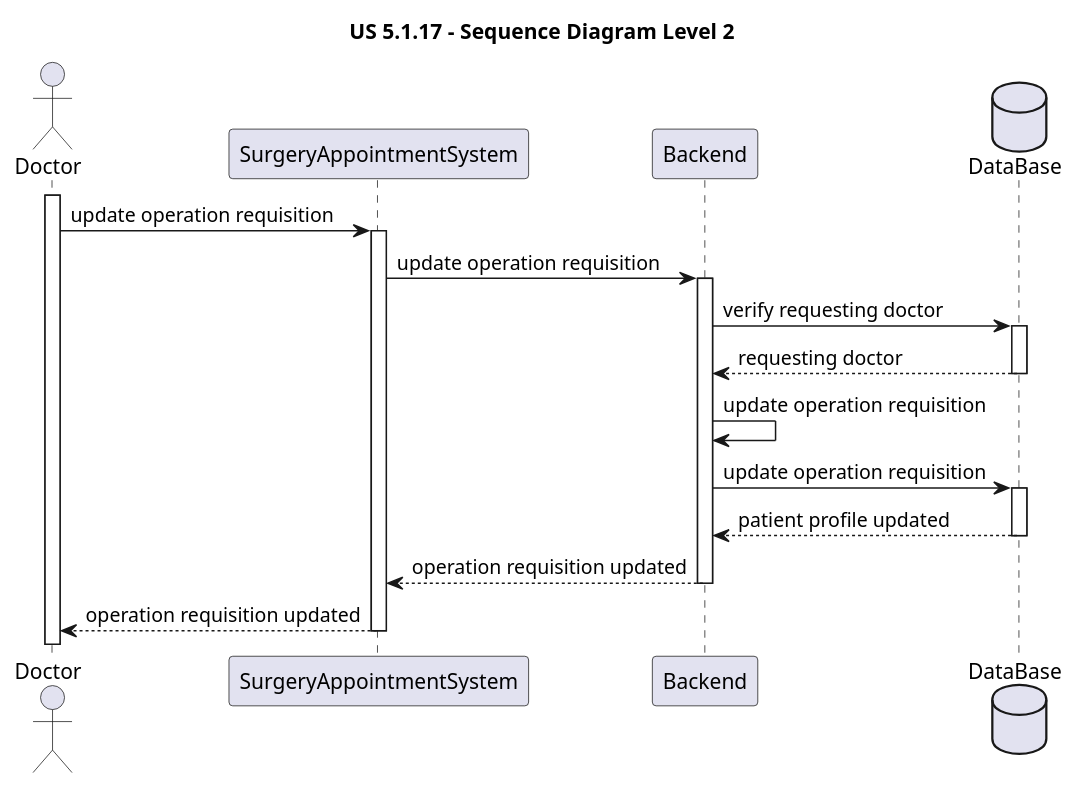
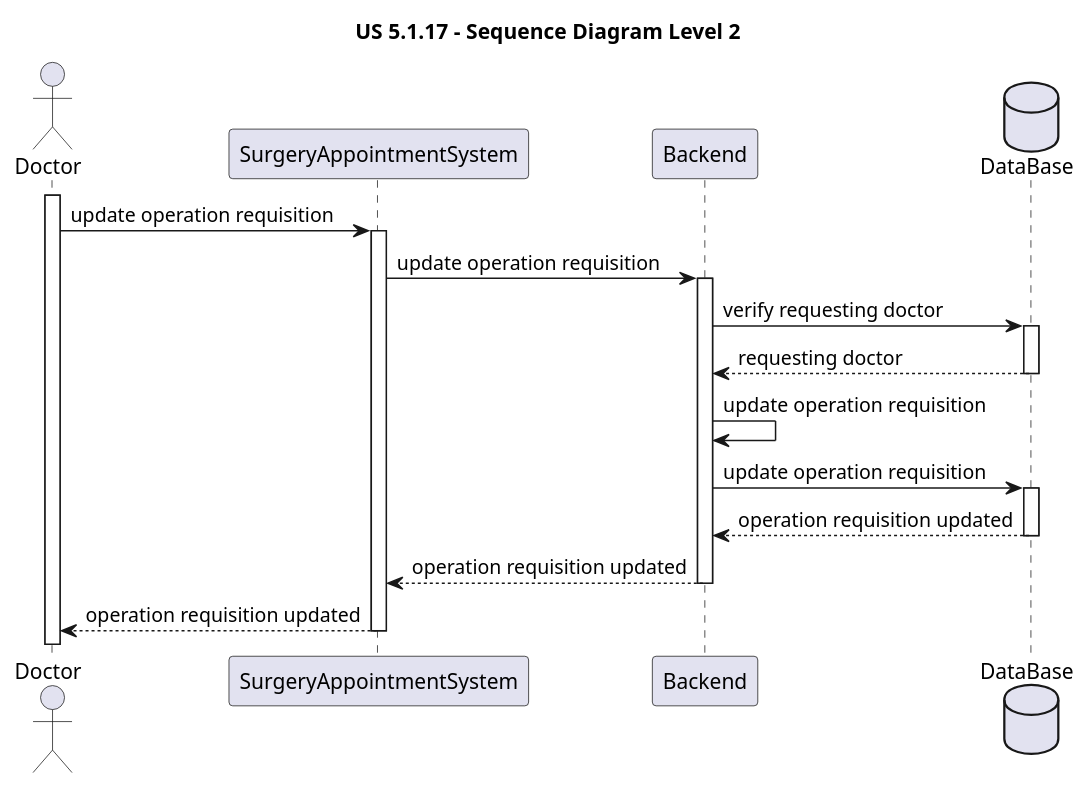
One commit to MateusCabral2004/sem5pi changed the diagram in docs/Sprint 1/US 5.1.17/SequenceDiagrams/Level2/SD_Level2.puml. Above: the diagram before and after it, drawn with PlantUML. The commit also changed 2 other files, not shown here.

Commit message:
#17 sequence diagram

```diff
--- a/docs/Sprint 1/US 5.1.17/SequenceDiagrams/Level2/SD_Level2.puml
+++ b/docs/Sprint 1/US 5.1.17/SequenceDiagrams/Level2/SD_Level2.puml
@@ -1,40 +1,40 @@
 @startuml
 'https://plantuml.com/sequence-diagram
 
 title US 5.1.17 - Sequence Diagram Level 2
 
 actor Doctor
 participant SurgeryAppointmentSystem
 participant Backend
 database DataBase
 
 activate Doctor
 
 Doctor -> SurgeryAppointmentSystem: update operation requisition
 
 activate SurgeryAppointmentSystem
 
 SurgeryAppointmentSystem -> Backend: update operation requisition
 
 activate Backend 
 
 Backend -> DataBase: verify requesting doctor
 activate DataBase
 
 DataBase --> Backend: requesting doctor
 deactivate DataBase
 
 Backend -> Backend:update operation requisition
 
 Backend -> DataBase: update operation requisition
 activate DataBase
 
-DataBase --> Backend: patient profile updated
+DataBase --> Backend: operation requisition updated
 deactivate DataBase
 
 Backend --> SurgeryAppointmentSystem: operation requisition updated
 deactivate Backend
 
 SurgeryAppointmentSystem --> Doctor: operation requisition updated
 deactivate SurgeryAppointmentSystem
 @enduml
```
